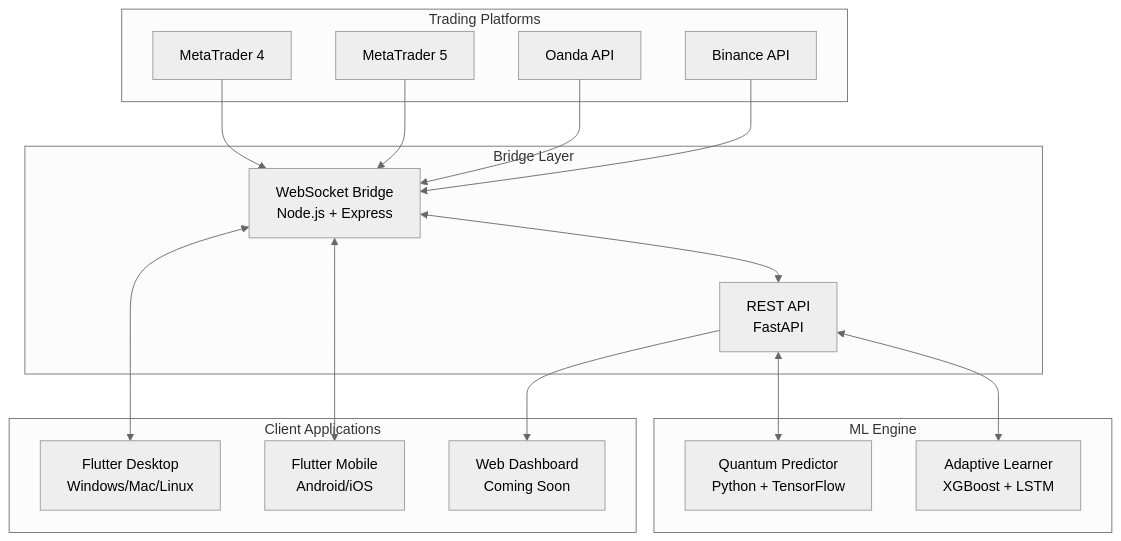
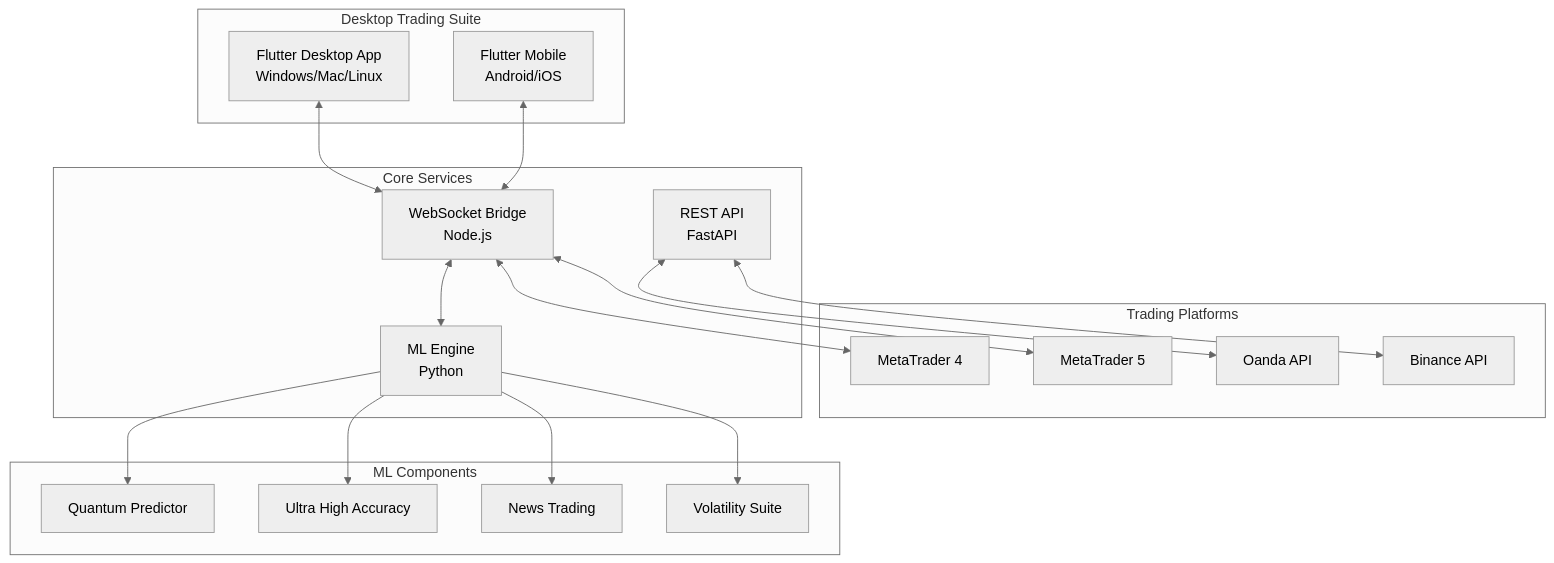
Before and after one commit to Dezirae-Stark/QuantumTrader-Pro: the diagram in README.md, drawn with Mermaid (neutral theme). The commit also changed other lines of this file, not shown here.

First line of the commit message:
Update desktop README with comprehensive trading methods and performance data

````diff
--- a/README.md
+++ b/README.md
@@ -118,31 +292,34 @@
 ```mermaid
 graph TB
+    subgraph "Desktop Trading Suite"
+        UI[Flutter Desktop App<br/>Windows/Mac/Linux]
+        MOBILE[Flutter Mobile<br/>Android/iOS]
+    end
+    
     subgraph "Trading Platforms"
         MT4[MetaTrader 4]
         MT5[MetaTrader 5]
         OANDA[Oanda API]
         BINANCE[Binance API]
     end
     
-    subgraph "Bridge Layer"
-        WS[WebSocket Bridge<br/>Node.js + Express]
-        REST[REST API<br/>FastAPI]
+    subgraph "Core Services"
+        BRIDGE[WebSocket Bridge<br/>Node.js]
+        ML[ML Engine<br/>Python]
+        API[REST API<br/>FastAPI]
     end
     
-    subgraph "ML Engine"
-        QP[Quantum Predictor<br/>Python + TensorFlow]
-        AL[Adaptive Learner<br/>XGBoost + LSTM]
+    subgraph "ML Components"
+        QUANTUM[Quantum Predictor]
+        ULTRA[Ultra High Accuracy]
+        NEWS[News Trading]
+        VOL[Volatility Suite]
     end
     
-    subgraph "Client Applications"
-        DESKTOP[Flutter Desktop<br/>Windows/Mac/Linux]
-        MOBILE[Flutter Mobile<br/>Android/iOS]
-        WEB[Web Dashboard<br/>Coming Soon]
-    end
-    
-    MT4 & MT5 & OANDA & BINANCE --> WS
-    WS <--> REST
-    REST <--> QP & AL
-    WS <--> DESKTOP & MOBILE
-    REST --> WEB
+    UI <--> BRIDGE
+    MOBILE <--> BRIDGE
+    BRIDGE <--> MT4 & MT5
+    API <--> OANDA & BINANCE
+    BRIDGE <--> ML
+    ML --> QUANTUM & ULTRA & NEWS & VOL
 ```
````
